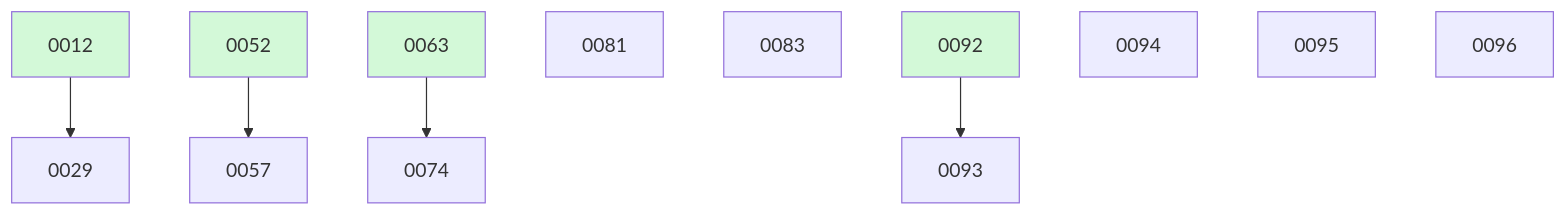
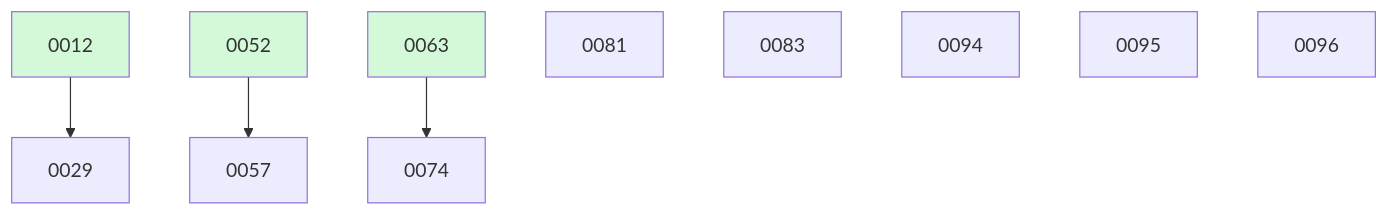
The diagram in docs/changes/BOARD.md (ethanhinson/fuse), drawn with Mermaid before and after one commit. The commit also changed other lines of this file and 4 other files, not shown here.

````diff
--- a/docs/changes/BOARD.md
+++ b/docs/changes/BOARD.md
@@ -34,17 +28,15 @@
 ```mermaid
 graph TD
   0012 --> 0029
   0052 --> 0057
   0063 --> 0074
   0081
   0083
-  0092 --> 0093
   0094
   0095
   0096
   0012:::done
   0052:::done
   0063:::done
-  0092:::done
   classDef done fill:#d3f9d8;
 ```
````
